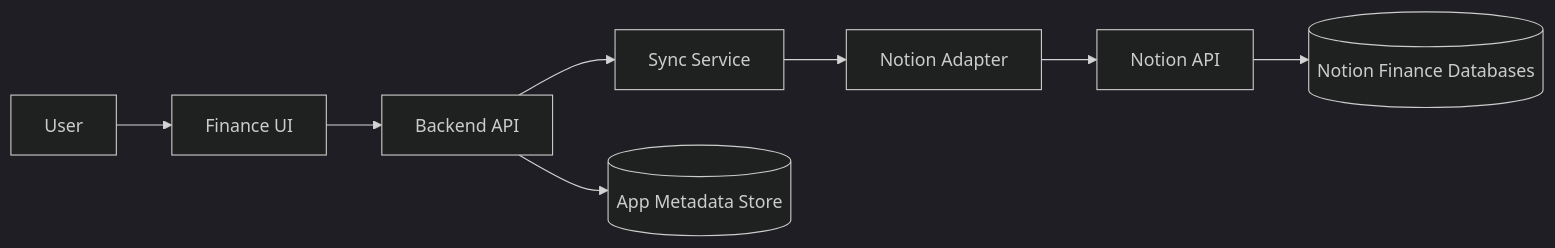
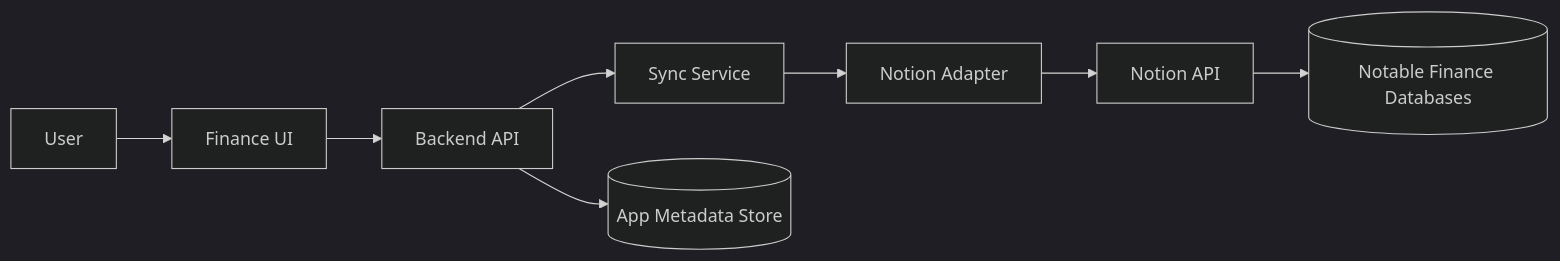
Before and after one commit to work-w-chrstnrpj/Notable_Finance: the diagram in wiki/tdd/tdd.md, drawn with Mermaid (dark theme). The commit also changed 19 other files, not shown here.

````diff
--- a/wiki/tdd/tdd.md
+++ b/wiki/tdd/tdd.md
@@ -32,10 +32,10 @@
 ```mermaid
 flowchart LR
     User[User] --> UI[Finance UI]
     UI --> API[Backend API]
     API --> Sync[Sync Service]
     Sync --> Adapter[Notion Adapter]
     Adapter --> Notion[Notion API]
-    Notion --> Workspace[(Notion Finance Databases)]
+    Notion --> Workspace[(Notable Finance Databases)]
     API --> Metadata[(App Metadata Store)]
 ```
````
